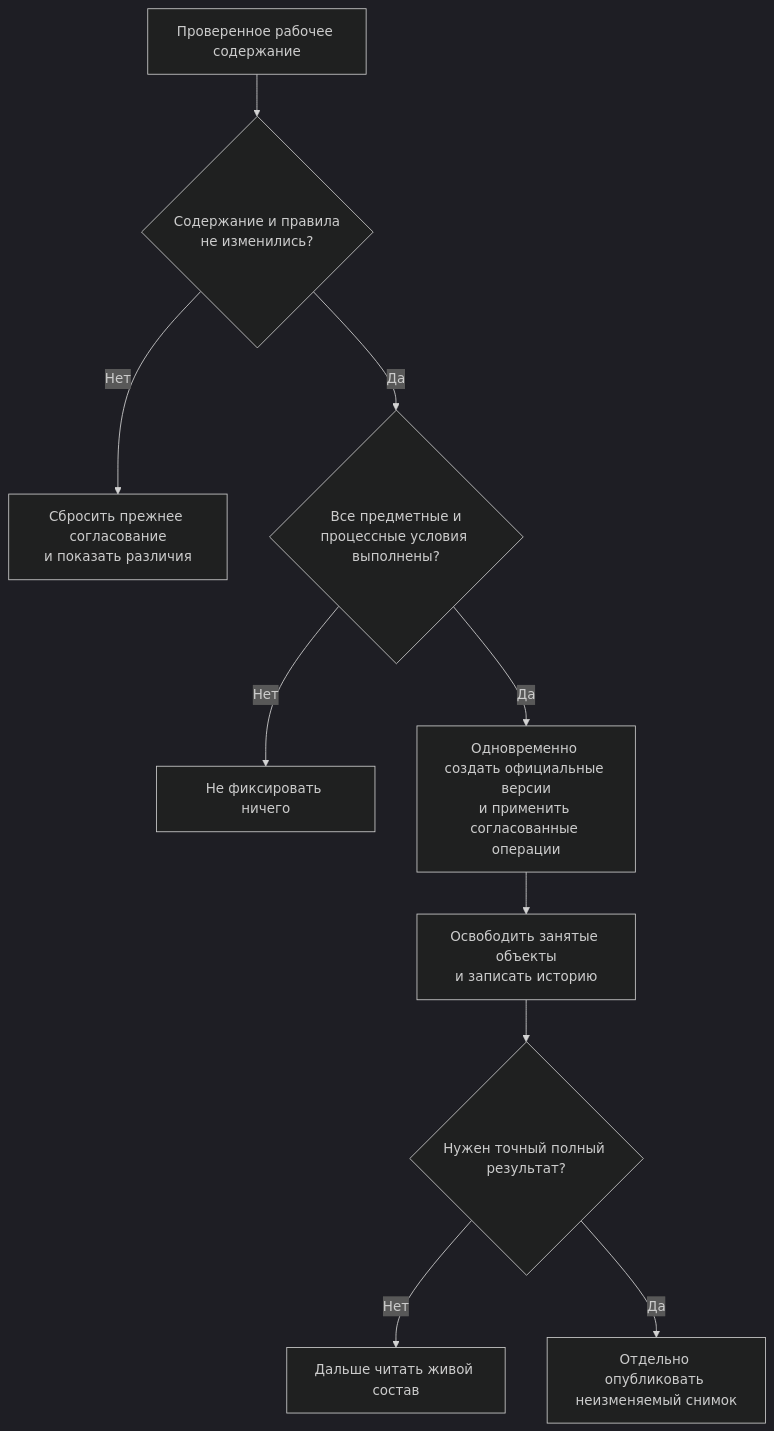
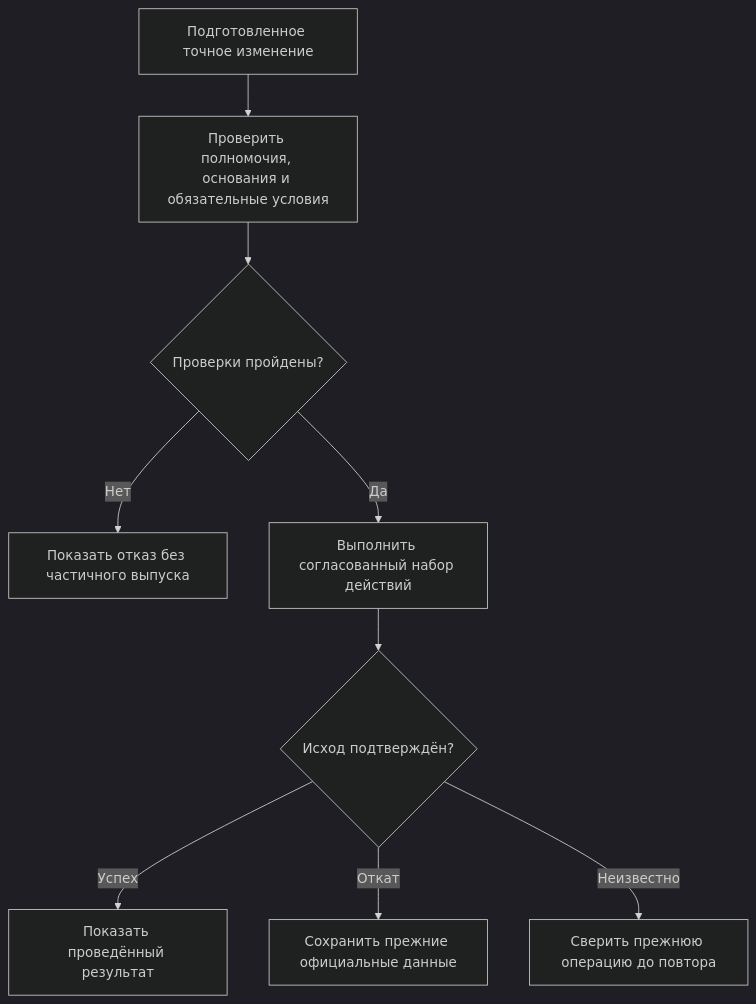
The second of 2 diagrams in docs/knowledge/16-operating-model-and-user-work.md (ZelAnton/Interlink-product-book), drawn with Mermaid (dark theme) before and after one commit. The commit also changed other lines of this file and 231 other files, not shown here.

````diff
--- a/docs/knowledge/16-operating-model-and-user-work.md
+++ b/docs/knowledge/16-operating-model-and-user-work.md
@@ -232,12 +117,11 @@
 ```mermaid
 flowchart TD
-    A["Проверенное рабочее содержание"] --> B{"Содержание и правила<br/>не изменились?"}
-    B -->|"Нет"| C["Сбросить прежнее согласование<br/>и показать различия"]
-    B -->|"Да"| D{"Все предметные и<br/>процессные условия выполнены?"}
-    D -->|"Нет"| E["Не фиксировать ничего"]
-    D -->|"Да"| F["Одновременно создать официальные версии<br/>и применить согласованные операции"]
-    F --> G["Освободить занятые объекты<br/>и записать историю"]
-    G --> H{"Нужен точный полный результат?"}
-    H -->|"Нет"| I["Дальше читать живой состав"]
-    H -->|"Да"| J["Отдельно опубликовать неизменяемый снимок"]
+    A["Подготовленное точное изменение"] --> B["Проверить полномочия, основания и обязательные условия"]
+    B --> C{"Проверки пройдены?"}
+    C -->|"Нет"| D["Показать отказ без частичного выпуска"]
+    C -->|"Да"| E["Выполнить согласованный набор действий"]
+    E --> F{"Исход подтверждён?"}
+    F -->|"Успех"| G["Показать проведённый результат"]
+    F -->|"Откат"| H["Сохранить прежние официальные данные"]
+    F -->|"Неизвестно"| I["Сверить прежнюю операцию до повтора"]
 ```
````
